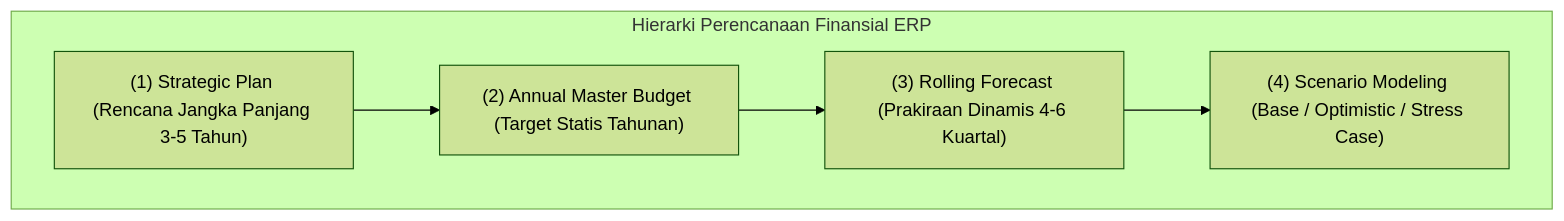
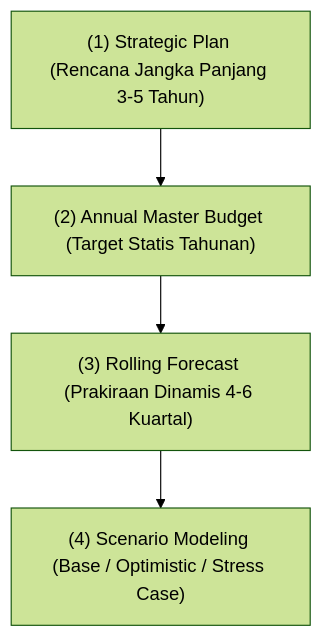
Before and after one commit to alimurrofid/erp-notes: the first of 3 diagrams in content/07-finance/financial-planning.md, drawn with Mermaid (forest theme). The commit also changed other lines of this file and 58 other files, not shown here.

Commit message:
fix(content):Mermaid Subgraph

````diff
--- a/content/07-finance/financial-planning.md
+++ b/content/07-finance/financial-planning.md
@@ -16,12 +16,10 @@
 ```mermaid
 graph TD
-    subgraph PlanningHierarchy["Hierarki Perencanaan Finansial ERP"]
         Strat["(1) Strategic Plan (Rencana Jangka Panjang 3-5 Tahun)"]
         Budget["(2) Annual Master Budget (Target Statis Tahunan)"]
         Roll["(3) Rolling Forecast (Prakiraan Dinamis 4-6 Kuartal)"]
         WhatIf["(4) Scenario Modeling (Base / Optimistic / Stress Case)"]
-    end
     Strat --> Budget
     Budget --> Roll
     Roll --> WhatIf
 ```
````
